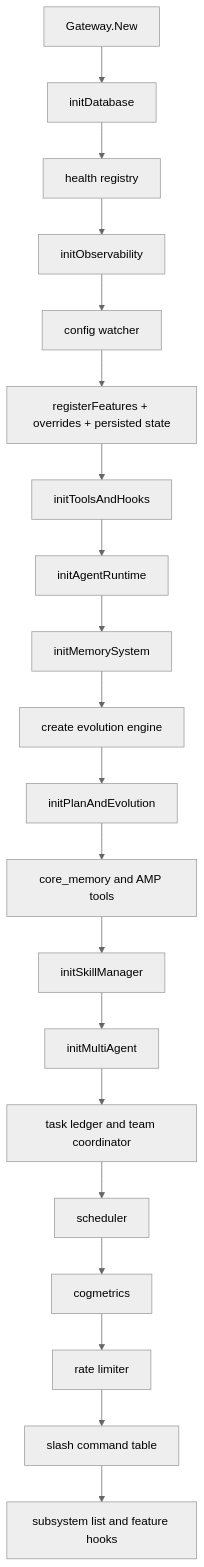
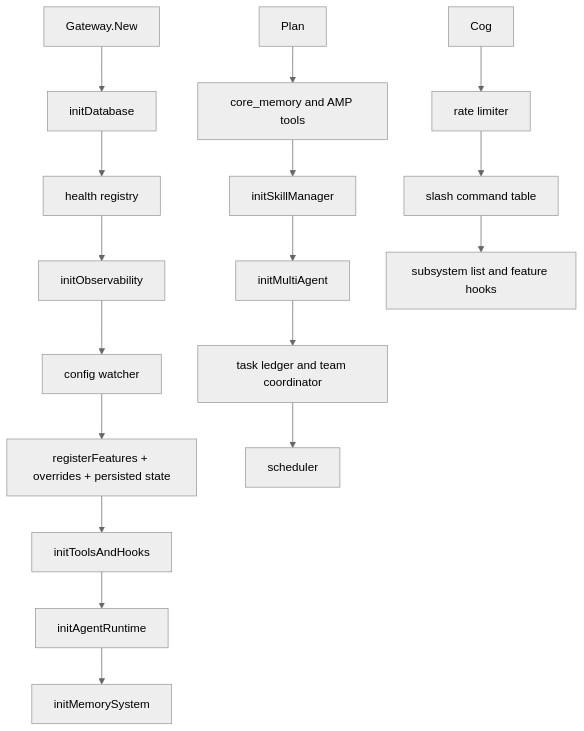
Before and after one commit to Forest-Isle/daimon: the first of 2 diagrams in docs/03-gateway-feature-lifecycle.md, drawn with Mermaid (neutral theme). The commit also changed other lines of this file and 102 other files, not shown here.

First line of the commit message:
refactor: remove evolution, cogmetrics, web/studio, stale knowledge refs

````diff
--- a/docs/03-gateway-feature-lifecycle.md
+++ b/docs/03-gateway-feature-lifecycle.md
@@ -9,22 +9,19 @@
 ```mermaid
 flowchart TB
     New[Gateway.New] --> DB[initDatabase]
     DB --> Health[health registry]
     Health --> Obs[initObservability]
     Obs --> Watcher[config watcher]
     Watcher --> Features[registerFeatures + overrides + persisted state]
     Features --> Tools[initToolsAndHooks]
     Tools --> Agent[initAgentRuntime]
     Agent --> Memory[initMemorySystem]
-    Memory --> Evo[create evolution engine]
-    Evo --> Plan[initPlanAndEvolution]
     Plan --> CoreMemory[core_memory and AMP tools]
     CoreMemory --> Skills[initSkillManager]
     Skills --> Multi[initMultiAgent]
     Multi --> Task[task ledger and team coordinator]
     Task --> Scheduler[scheduler]
-    Scheduler --> Cog[cogmetrics]
     Cog --> Rate[rate limiter]
     Rate --> Commands[slash command table]
     Commands --> Subsystems[subsystem list and feature hooks]
 ```
````
